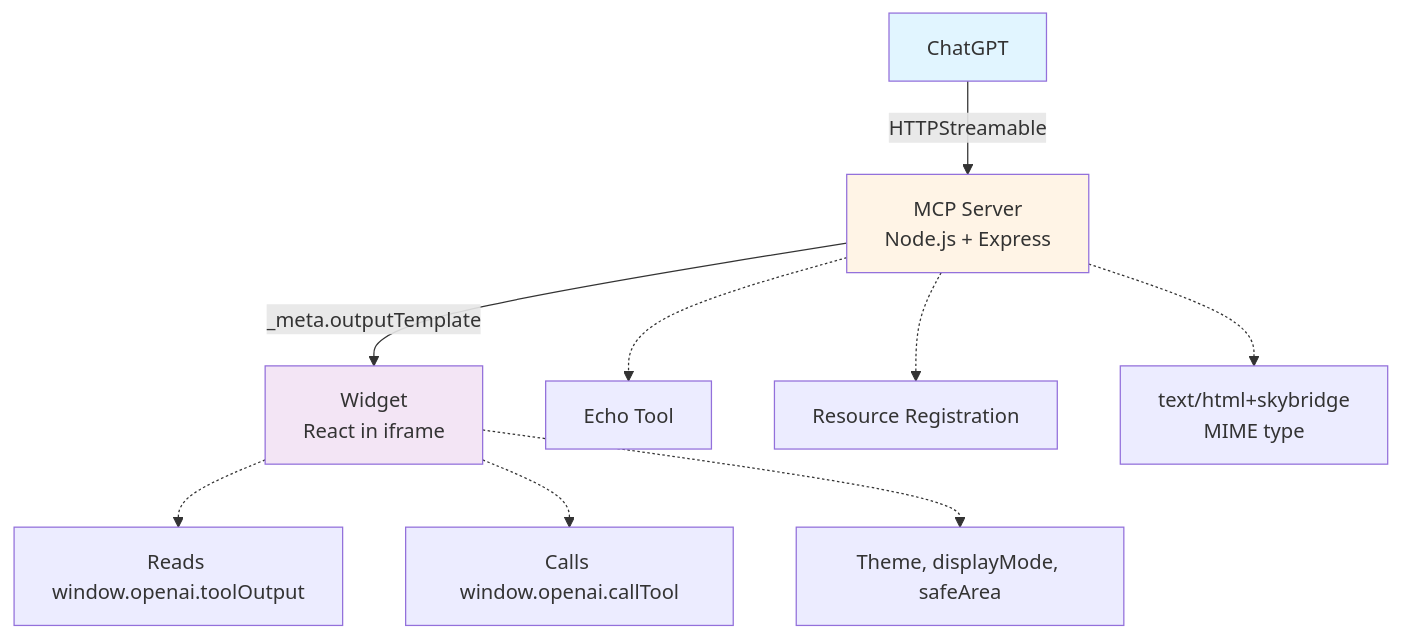
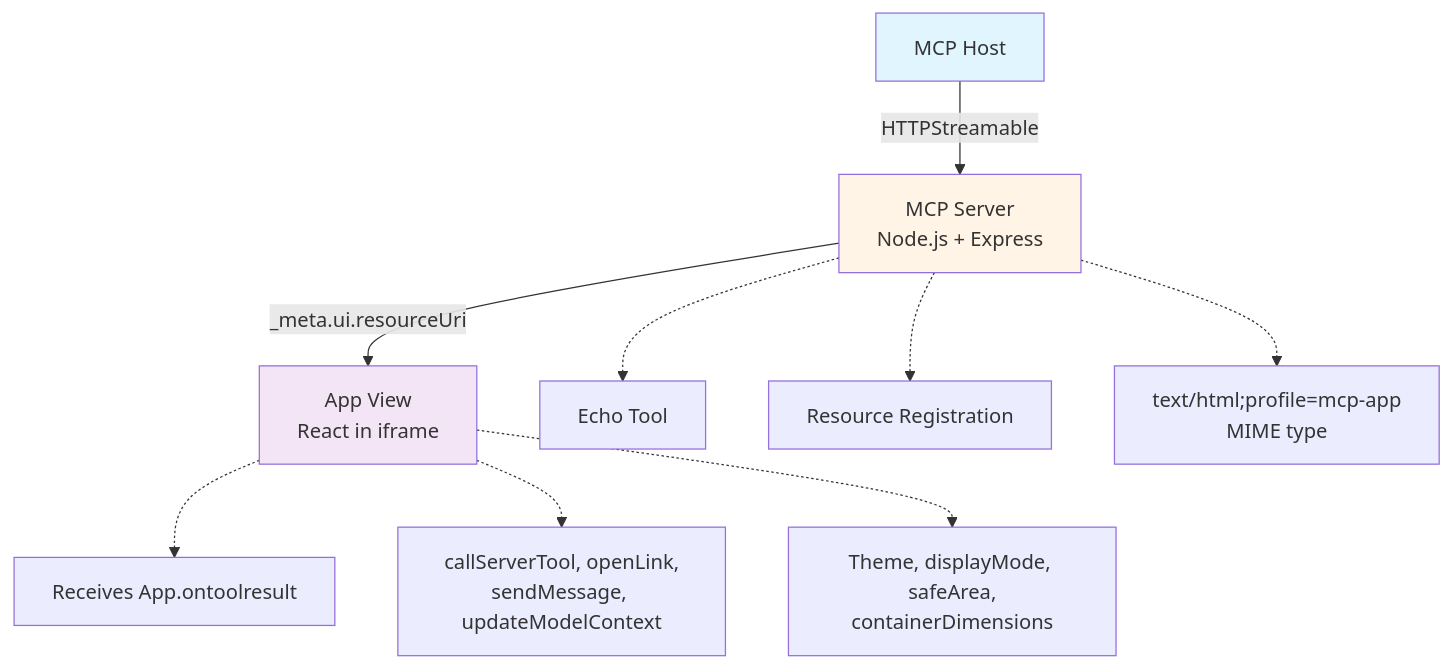
Before and after one commit to pomerium/mcp-app-typescript-template: the diagram in README.md, drawn with Mermaid. The commit also changed other lines of this file and 22 other files, not shown here.

First line of the commit message:
feat!: migrate from chatgpt specific spec to offical mcp app spec (#23)

````diff
--- a/README.md
+++ b/README.md
@@ -21,17 +27,17 @@
 ```mermaid
 graph TD
-    A[ChatGPT] -->|HTTPStreamable| B[MCP Server<br/>Node.js + Express]
-    B -->|_meta.outputTemplate| C[Widget<br/>React in iframe]
+    A[MCP Host] -->|HTTPStreamable| B[MCP Server<br/>Node.js + Express]
+    B -->|_meta.ui.resourceUri| C[App View<br/>React in iframe]
 
     B -.-> B1[Echo Tool]
     B -.-> B2[Resource Registration]
-    B -.-> B3[text/html+skybridge<br/>MIME type]
+    B -.-> B3[text/html;profile=mcp-app<br/>MIME type]
 
-    C -.-> C1[Reads window.openai.toolOutput]
-    C -.-> C2[Calls window.openai.callTool]
-    C -.-> C3[Theme, displayMode, safeArea]
+    C -.-> C1[Receives App.ontoolresult]
+    C -.-> C2[callServerTool, openLink,<br/>sendMessage, updateModelContext]
+    C -.-> C3[Theme, displayMode, safeArea,<br/>containerDimensions]
 
     style A fill:#e1f5ff
     style B fill:#fff4e6
     style C fill:#f3e5f5
 ```
````
